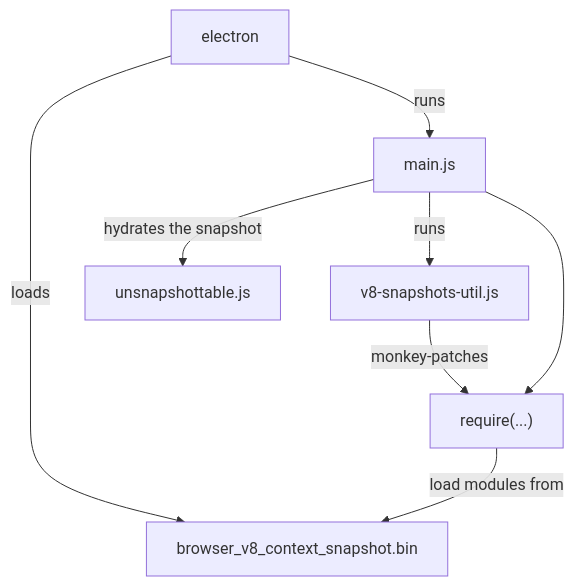
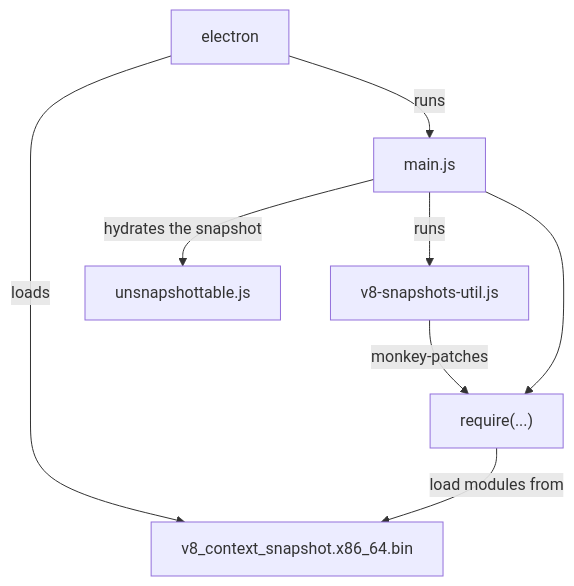
The fourth of 4 diagrams in README.md (RaisinTen/electron-snapshot-experiment), drawn with Mermaid before and after one commit. The commit also changed other lines of this file and 4 other files, not shown here.

````diff
--- a/README.md
+++ b/README.md
@@ -211,9 +207,9 @@
 ```mermaid
 flowchart TD
 
-electron -- loads --> browser_v8_context_snapshot.bin
+electron -- loads --> v8_context_snapshot.x86_64.bin
 electron -- runs --> main.js -- runs --> v8-snapshots-util.js
-v8-snapshots-util.js -- monkey-patches --> require["require(...)"] -- load modules from --> browser_v8_context_snapshot.bin
+v8-snapshots-util.js -- monkey-patches --> require["require(...)"] -- load modules from --> v8_context_snapshot.x86_64.bin
 main.js -- hydrates the snapshot --> unsnapshottable.js
 main.js --> require
 ```
````
